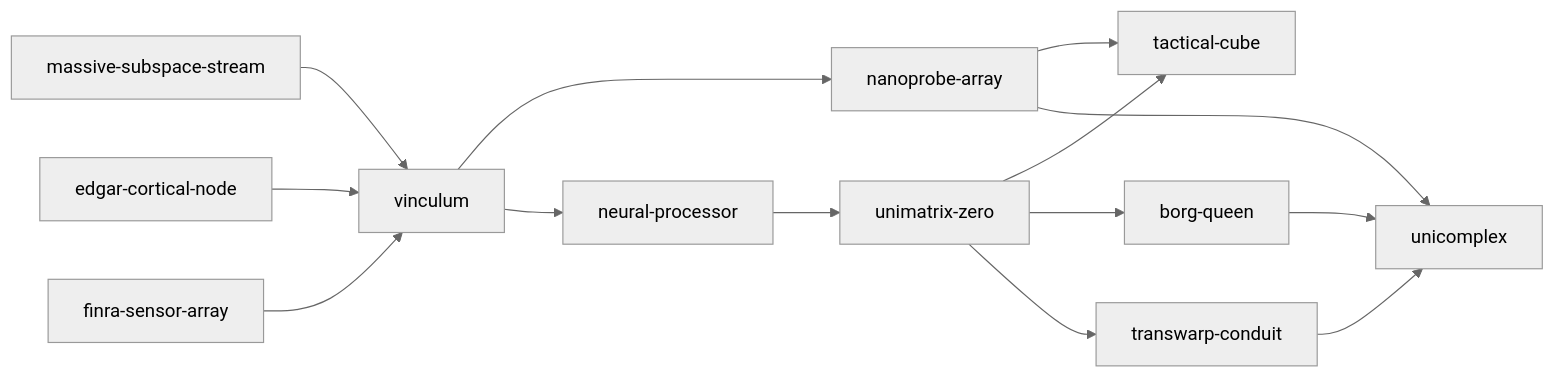
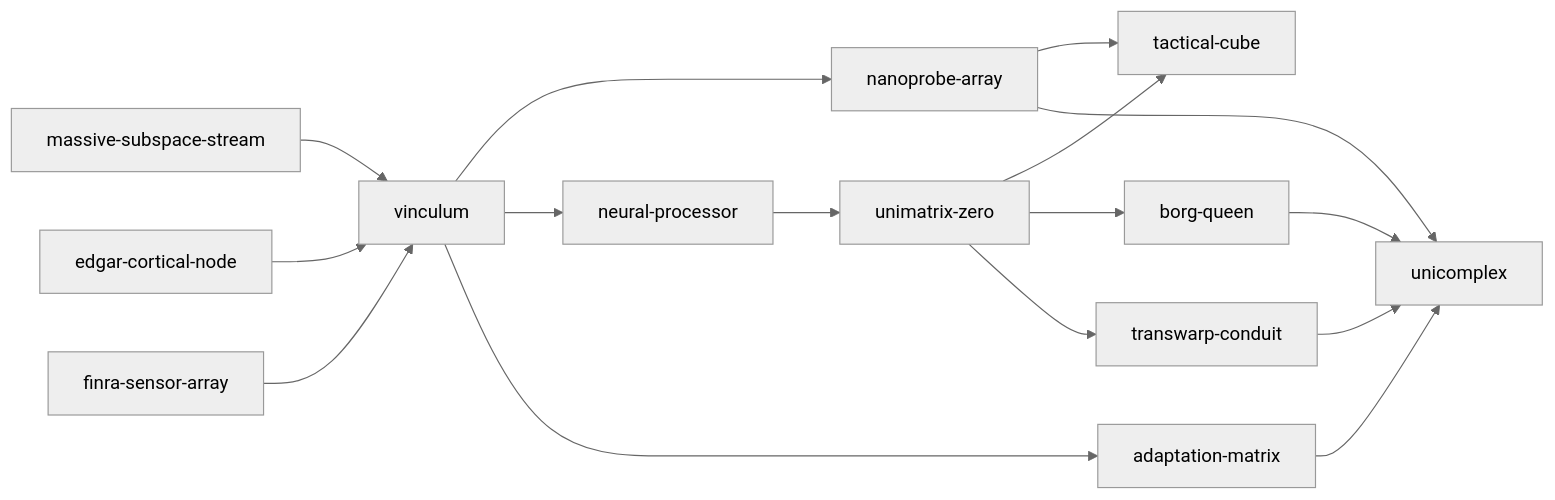
The diagram in README.md (yurit04/collective-alpha), drawn with Mermaid (neutral theme) before and after one commit. The commit also changed other lines of this file and 34 other files, not shown here.

First line of the commit message:
adaptation-matrix: transaction costs measured from trades and quotes

````diff
--- a/README.md
+++ b/README.md
@@ -18,16 +18,18 @@
 ```mermaid
 flowchart LR
     massive[massive-subspace-stream] --> vinculum
     vinculum --> nanoprobe[nanoprobe-array]
     nanoprobe --> tactical[tactical-cube]
     unimatrix --> tactical
     edgar[edgar-cortical-node] --> vinculum
     finra[finra-sensor-array] --> vinculum
     vinculum --> neural[neural-processor]
     neural --> unimatrix[unimatrix-zero]
     unimatrix --> queen[borg-queen]
     unimatrix --> conduit[transwarp-conduit]
     queen --> unicomplex
     conduit --> unicomplex
     nanoprobe --> unicomplex
+    vinculum --> adaptation[adaptation-matrix]
+    adaptation --> unicomplex
 ```
````
